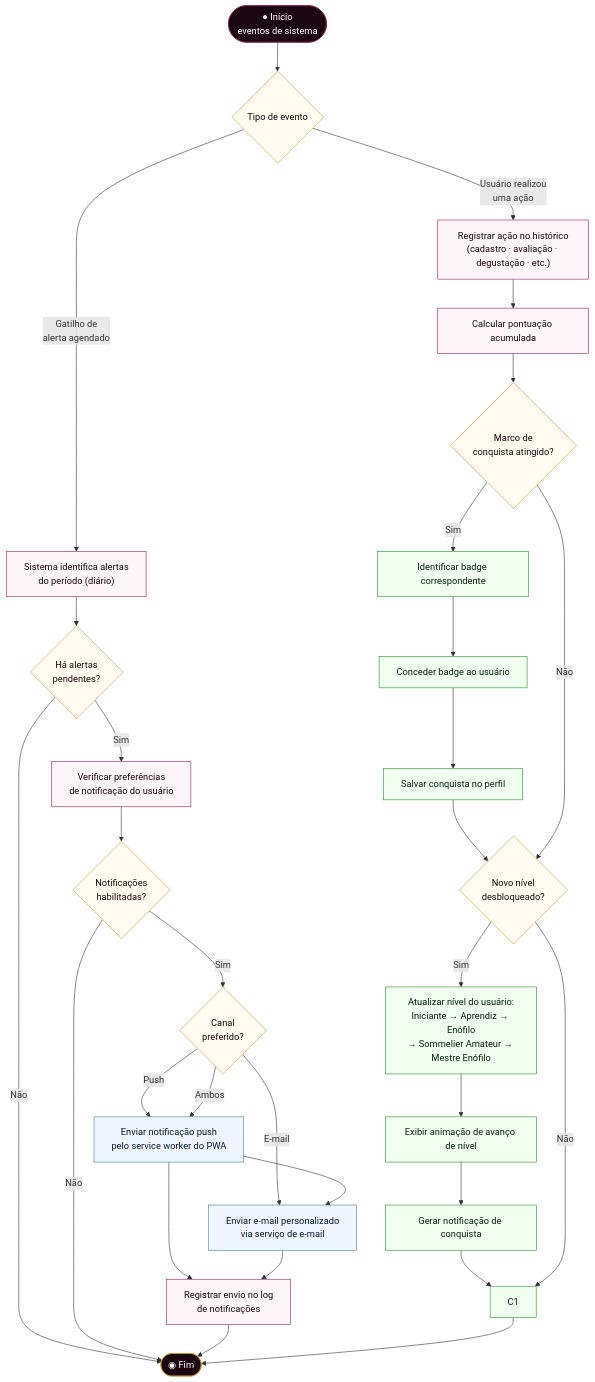
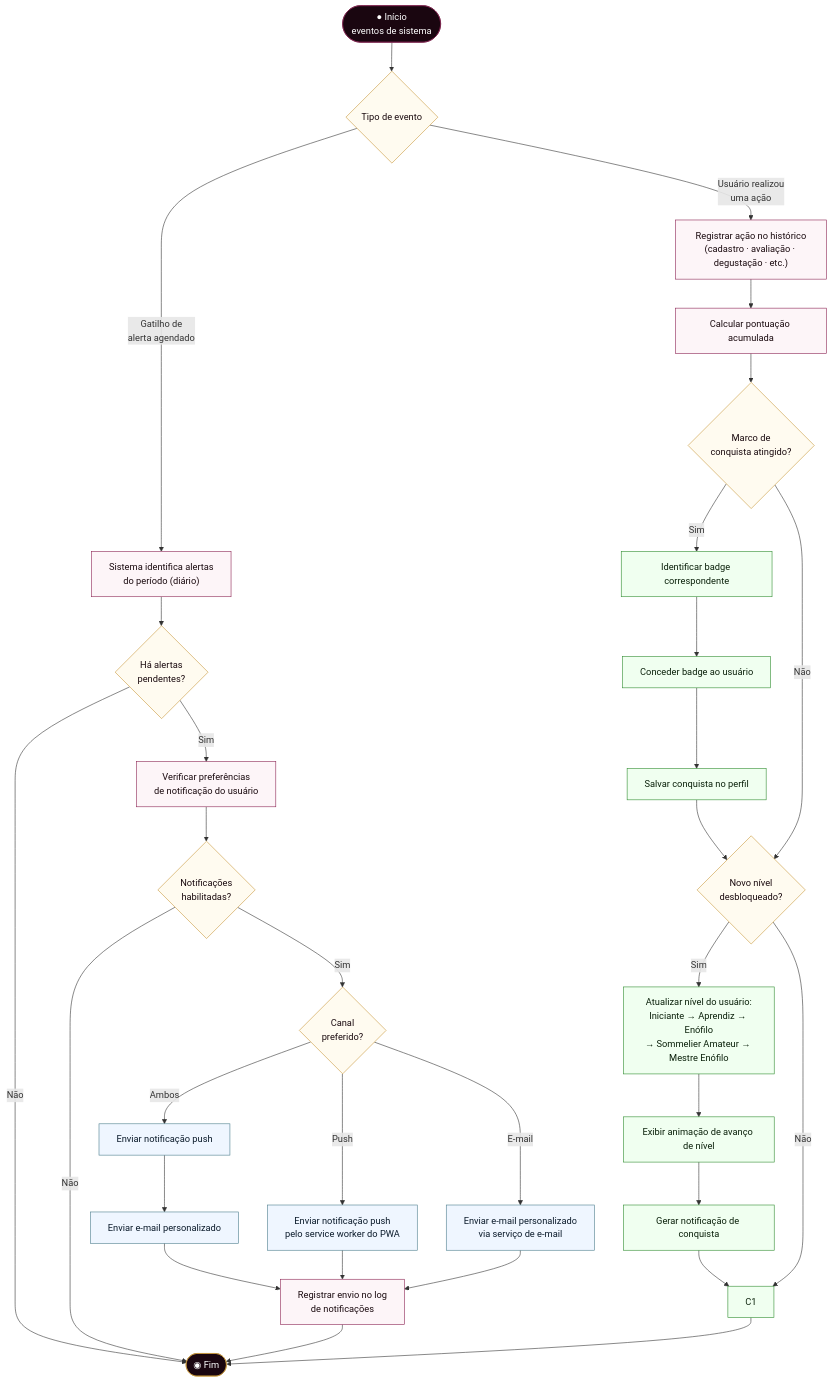
One commit to vanderleik/vinho-notas-v2 changed the eighth of 8 diagrams in docs/diagramas/Vinhonotas2_diagramasatividades.md. Above: the diagram before and after it, drawn with Mermaid. The commit also changed other lines of this file and 14 other files, not shown here.

````diff
--- a/docs/diagramas/Vinhonotas2_diagramasatividades.md
+++ b/docs/diagramas/Vinhonotas2_diagramasatividades.md
@@ -507,59 +546,60 @@
 ```mermaid
 flowchart TD
     S(["● Início\neventos de sistema"])
  
     S  --> PA{"Tipo de evento"}
  
     %% ── Gamificação ─────────────────────────────────
     PA -- "Usuário realizou\numa ação" --> A1["Registrar ação no histórico\n(cadastro · avaliação · degustação · etc.)"]
     A1  --> A2["Calcular pontuação acumulada"]
     A2  --> A3{"Marco de\nconquista atingido?"}
  
     A3  -- "Sim" --> A4["Identificar badge correspondente"]
     A4  --> A5["Conceder badge ao usuário"]
     A5  --> A6["Salvar conquista no perfil"]
     A6  --> B1
     A3  -- "Não" --> B1
  
     B1{"Novo nível\ndesbloqueado?"}
     B1  -- "Sim" --> B2["Atualizar nível do usuário:\nIniciante → Aprendiz → Enófilo\n→ Sommelier Amateur → Mestre Enófilo"]
     B2  --> B3["Exibir animação de avanço de nível"]
     B3  --> B4["Gerar notificação de conquista"]
     B4  --> C1
     B1  -- "Não" --> C1
  
     %% ── Notificações ────────────────────────────────
     PA -- "Gatilho de\nalerta agendado" --> N1["Sistema identifica alertas\ndo período (diário)"]
     N1  --> N2{"Há alertas\npendentes?"}
     N2  -- "Não" --> E(["◉ Fim"])
     N2  -- "Sim" --> N3["Verificar preferências\nde notificação do usuário"]
     N3  --> N4{"Notificações\nhabilitadas?"}
     N4  -- "Não" --> E
     N4  -- "Sim" --> N5{"Canal\npreferido?"}
  
     N5  -- "Push" --> N6["Enviar notificação push\npelo service worker do PWA"]
     N5  -- "E-mail" --> N7["Enviar e-mail personalizado\nvia serviço de e-mail"]
-    N5  -- "Ambos" --> N6
+    N5  -- "Ambos" --> N6A["Enviar notificação push"]
+    N6A --> N7A["Enviar e-mail personalizado"]
+    N7A --> N8
     N6  --> N8
     N7  --> N8
-    N6  --> N7
  
     N8["Registrar envio no log\nde notificações"]
     N8  --> E
  
     C1  --> E(["◉ Fim"])
  
     classDef start  fill:#1A0610,color:#fff,stroke:#7A1E4A
     classDef fim    fill:#1A0610,color:#fff,stroke:#C8973A
     classDef acao   fill:#FDF5F8,stroke:#8B2252,color:#1A0A0F
     classDef dec    fill:#FFFBF0,stroke:#C8973A,color:#1A0A0F
     classDef gami   fill:#F0FFF0,stroke:#2E8B2E,color:#0A200A
     classDef notif  fill:#EFF6FF,stroke:#4A7C8B,color:#0A1A2A
  
     class S start
     class E fim
     class A1,A2,N1,N3,N8 acao
     class PA,A3,B1,N2,N4,N5 dec
     class A4,A5,A6,B2,B3,B4,C1 gami
-    class N6,N7 notif
+    class N6,N6A,N7,N7A notif
 ```
````
